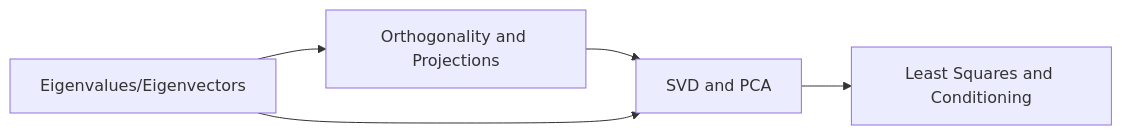
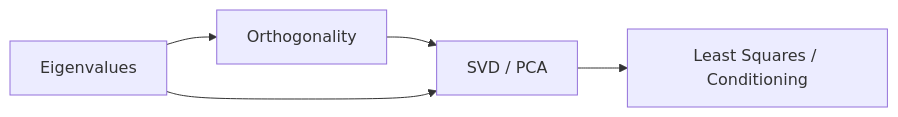
The diagram in books/Maths/content/18-Linear-Algebra-Advanced/00-intro.md (kanthi/books), drawn with Mermaid before and after one commit. The commit also changed other lines of this file and 45 other files, not shown here.

````diff
--- a/books/Maths/content/18-Linear-Algebra-Advanced/00-intro.md
+++ b/books/Maths/content/18-Linear-Algebra-Advanced/00-intro.md
@@ -14,7 +16,7 @@
 ```mermaid
 flowchart LR
-  A[Eigenvalues/Eigenvectors] --> B[Orthogonality and Projections]
-  B --> C[SVD and PCA]
-  C --> D[Least Squares and Conditioning]
+  A[Eigenvalues] --> B[Orthogonality]
+  B --> C[SVD / PCA]
+  C --> D[Least Squares / Conditioning]
   A --> C
 ```
````
